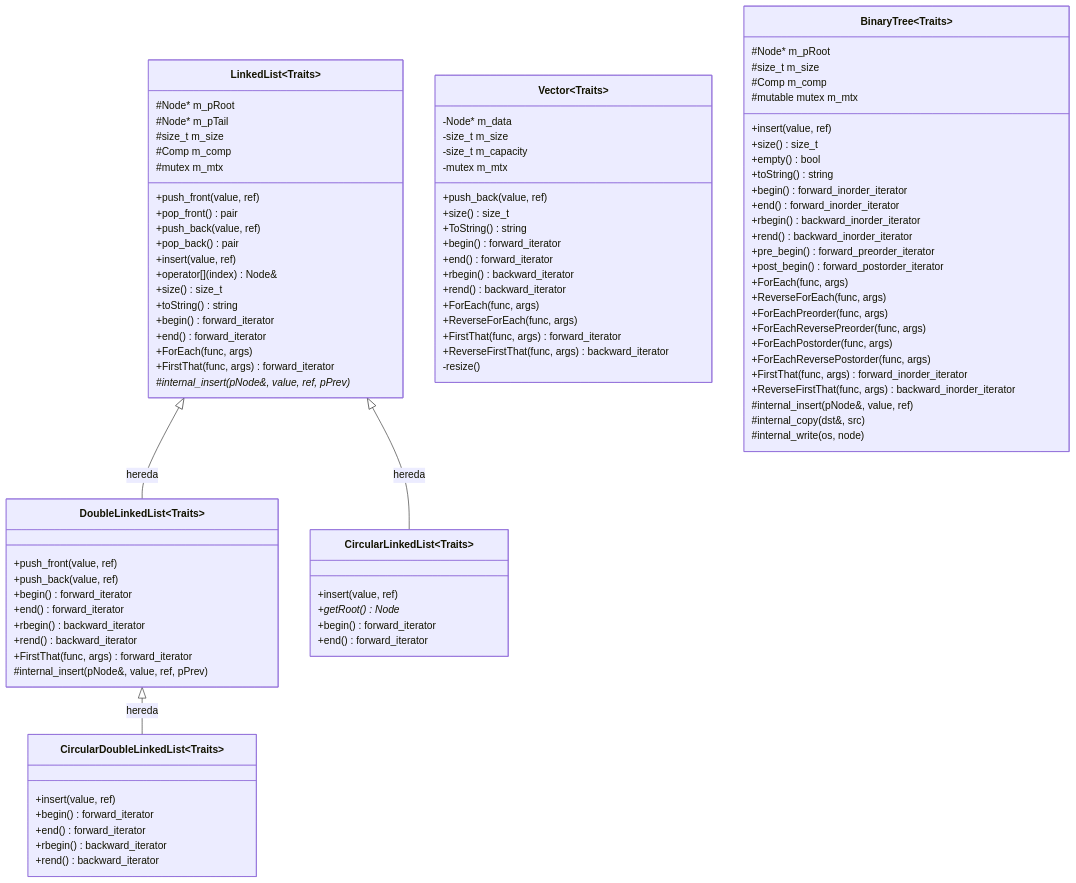
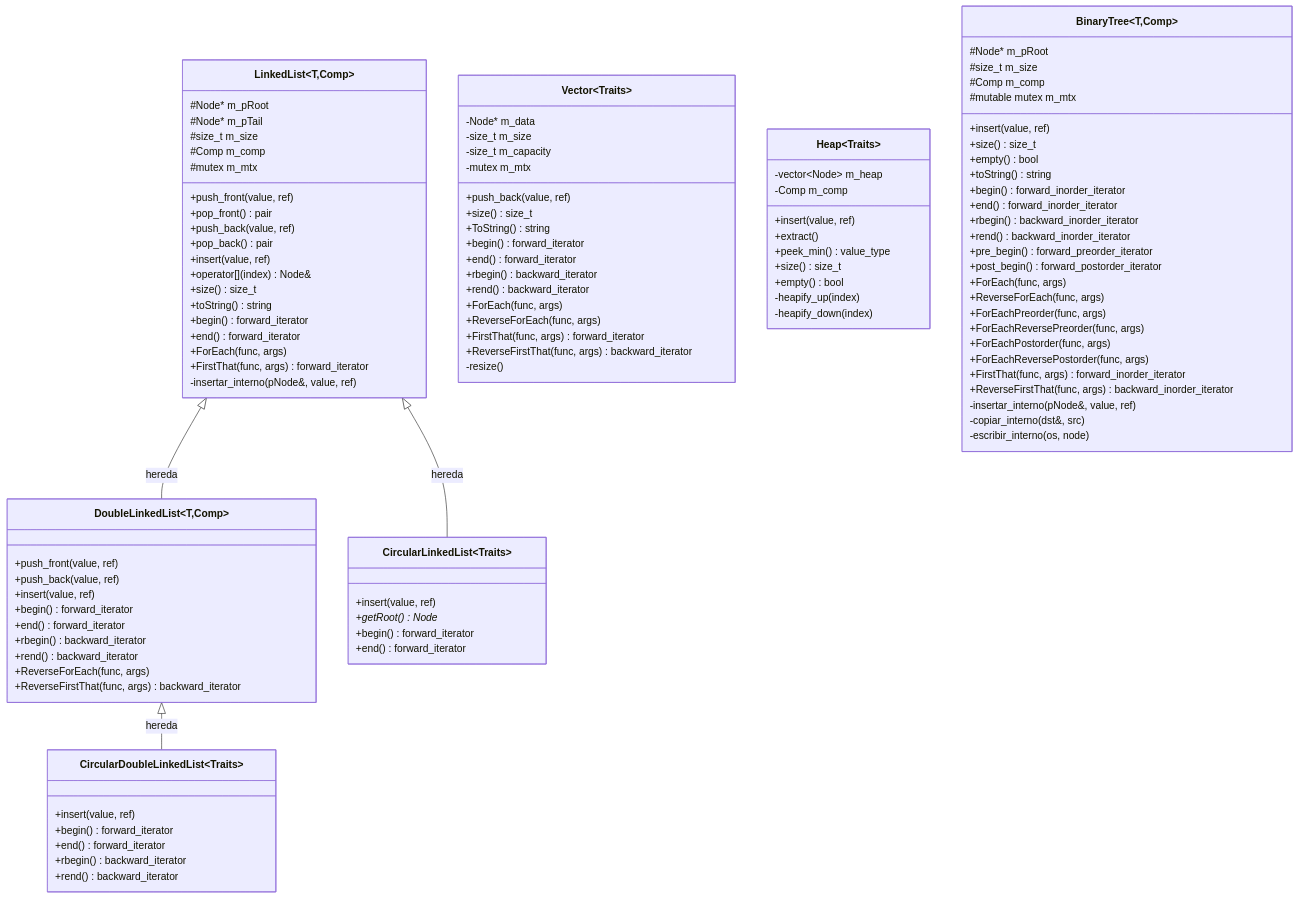
Before and after one commit to Camilo-vinatea/2026-I-MCC001-AED: the first of 10 diagrams in docs/architecture.md, drawn with Mermaid. The commit also changed other lines of this file and 1 other file, not shown here.

````diff
--- a/docs/architecture.md
+++ b/docs/architecture.md
@@ -9,6 +9,6 @@
 ```mermaid
 classDiagram
-    class LinkedList~Traits~ {
+    class LinkedList~T,Comp~ {
         #Node* m_pRoot
         #Node* m_pTail
         #size_t m_size
@@ -26,18 +26,19 @@
         +end() forward_iterator
         +ForEach(func, args)
         +FirstThat(func, args) forward_iterator
-        #internal_insert(pNode&, value, ref, pPrev)*
+        -insertar_interno(pNode&, value, ref)
     }
 
-    class DoubleLinkedList~Traits~ {
+    class DoubleLinkedList~T,Comp~ {
         +push_front(value, ref)
         +push_back(value, ref)
+        +insert(value, ref)
         +begin() forward_iterator
         +end() forward_iterator
         +rbegin() backward_iterator
         +rend() backward_iterator
-        +FirstThat(func, args) forward_iterator
-        #internal_insert(pNode&, value, ref, pPrev)
+        +ReverseForEach(func, args)
+        +ReverseFirstThat(func, args) backward_iterator
     }
 
     class CircularLinkedList~Traits~ {
@@ -74,7 +75,19 @@
         -resize()
     }
 
-    class BinaryTree~Traits~ {
+    class Heap~Traits~ {
+        -vector~Node~ m_heap
+        -Comp m_comp
+        +insert(value, ref)
+        +extract()
+        +peek_min() value_type
+        +size() size_t
+        +empty() bool
+        -heapify_up(index)
+        -heapify_down(index)
+    }
+
+    class BinaryTree~T,Comp~ {
         #Node* m_pRoot
         #size_t m_size
         #Comp m_comp
@@ -97,9 +110,9 @@
         +ForEachReversePostorder(func, args)
         +FirstThat(func, args) forward_inorder_iterator
         +ReverseFirstThat(func, args) backward_inorder_iterator
-        #internal_insert(pNode&, value, ref)
-        #internal_copy(dst&, src)
-        #internal_write(os, node)
+        -insertar_interno(pNode&, value, ref)
+        -copiar_interno(dst&, src)
+        -escribir_interno(os, node)
     }
 
     LinkedList <|-- DoubleLinkedList : hereda
````
